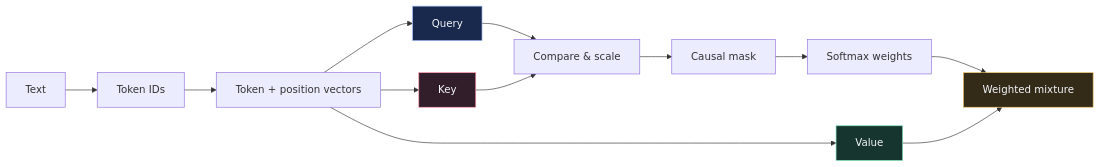
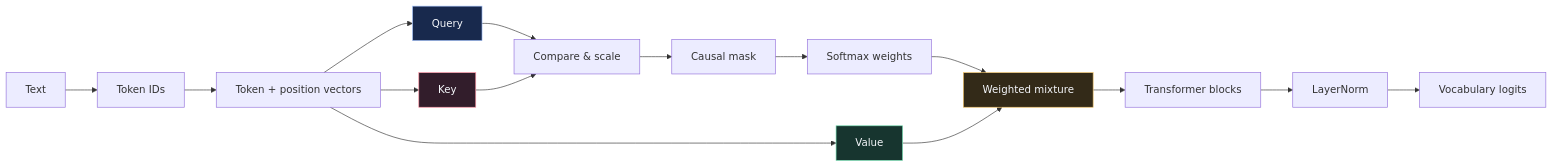
Before and after one commit to zakariahere/inside-the-token: the diagram in README.md, drawn with Mermaid. The commit also changed other lines of this file and 11 other files, not shown here.

````diff
--- a/README.md
+++ b/README.md
@@ -32,18 +32,21 @@
 ```mermaid
 flowchart LR
     T[Text] --> I[Token IDs]
     I --> X[Token + position vectors]
     X --> Q[Query]
     X --> K[Key]
     X --> V[Value]
     Q --> S[Compare & scale]
     K --> S
     S --> M[Causal mask]
     M --> A[Softmax weights]
     A --> C[Weighted mixture]
     V --> C
+    C --> B[Transformer blocks]
+    B --> L[LayerNorm]
+    L --> O[Vocabulary logits]
     style Q fill:#18294d,stroke:#a8c7ff,color:#f5f7fb
     style K fill:#321d2b,stroke:#ff95a5,color:#f5f7fb
     style V fill:#17352f,stroke:#74dfb1,color:#f5f7fb
     style C fill:#332a18,stroke:#f4c56a,color:#f5f7fb
 ```
````
